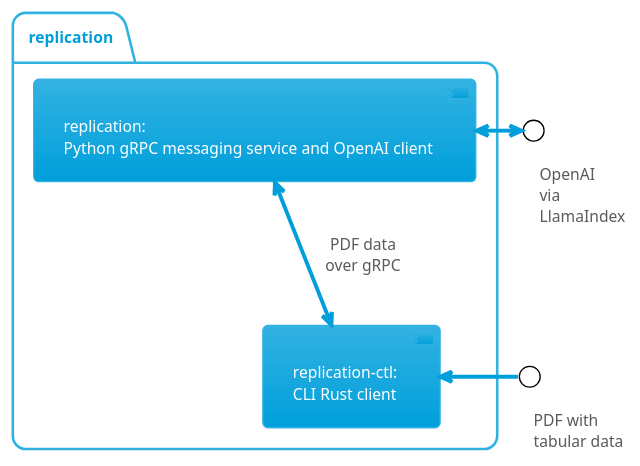
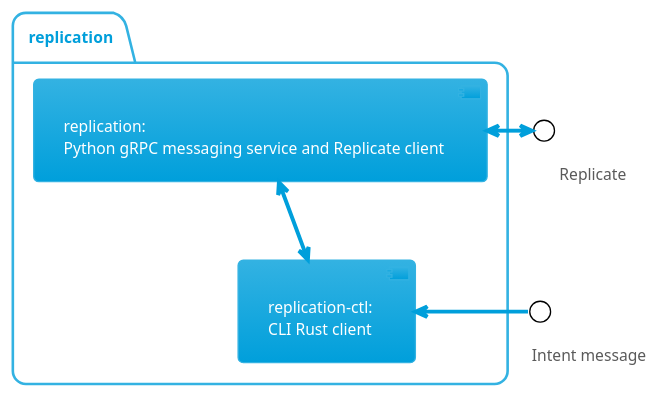
One commit to suchapalaver/replication changed the diagram in design.puml. Above: the diagram before and after it, drawn with PlantUML. The commit also changed 11 other files, not shown here.

```diff
--- a/design.puml
+++ b/design.puml
@@ -1,19 +1,19 @@
 @startuml design
 
 !theme bluegray
 skinparam classFontColor darkSlateGray
 skinparam interface {
   BackgroundColor white
   BorderColor black
 }
 
 package "replication" {
-  [replication-ctl:\nCLI Rust client] <-up-> [replication:\nPython gRPC messaging service and OpenAI client] : PDF data\nover gRPC
+  [replication-ctl:\nCLI Rust client] <-up-> [replication:\nPython gRPC messaging service and Replicate client]
 }
-interface "\t\t\tOpenAI\n\t\t\tvia\n\t\t\tLlamaIndex" as OpenAI
-[replication:\nPython gRPC messaging service and OpenAI client] <--right--> OpenAI
+interface "\t\t\tReplicate" as Replicate
+[replication:\nPython gRPC messaging service and Replicate client] <--right--> Replicate
 
-interface "\t\t\tPDF with\n\t\t\ttabular data" as PDF
-[replication-ctl:\nCLI Rust client] <--right-- PDF
+interface "\t\t\tIntent message" as Intent
+[replication-ctl:\nCLI Rust client] <--right-- Intent
 
 @enduml
```
